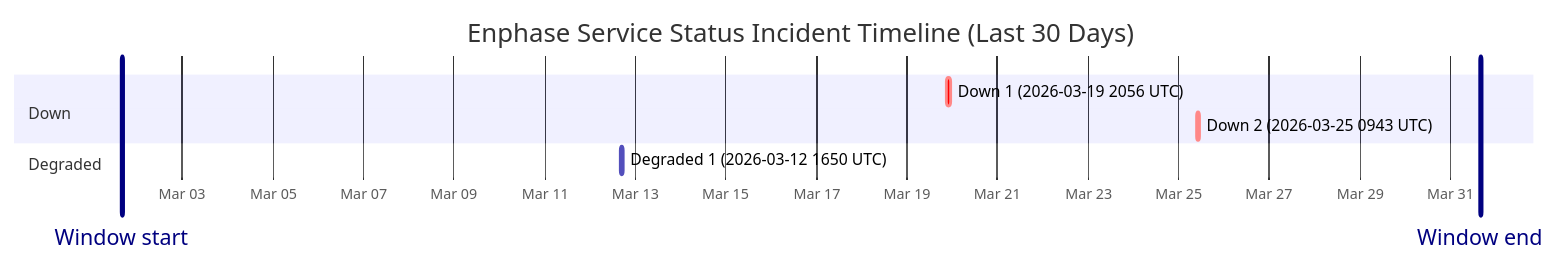
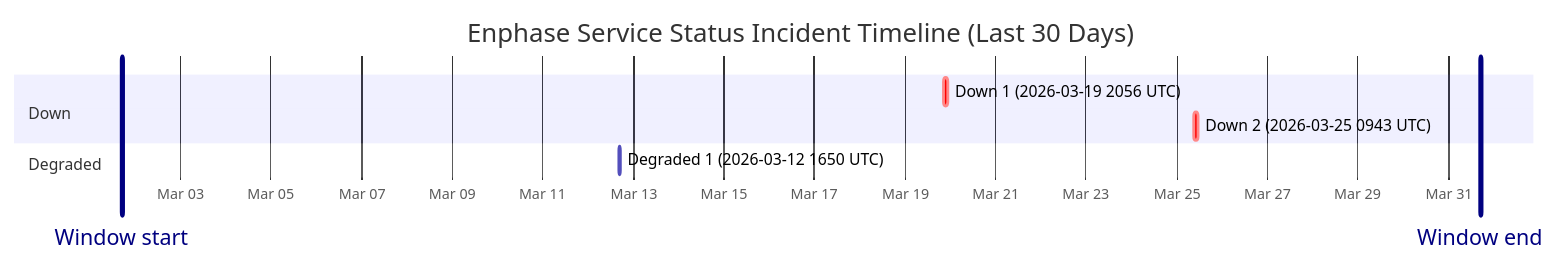
Before and after one commit to barneyonline/ha-enphase-ev-charger: the diagram in wiki/Service-Status-History.md, drawn with Mermaid. The commit also changed other lines of this file and 3 other files, not shown here.

````diff
--- a/wiki/Service-Status-History.md
+++ b/wiki/Service-Status-History.md
@@ -14,13 +14,13 @@
 ```mermaid
 gantt
     title Enphase Service Status Incident Timeline (Last 30 Days)
     dateFormat  YYYY-MM-DDTHH:mm:ss
     axisFormat  %b %d
-    Window start :vert, window-start, 2026-03-01T15:59:16, 0ms
-    Window end :vert, window-end, 2026-03-31T15:59:16, 0ms
+    Window start :vert, window-start, 2026-03-01T17:00:09, 0ms
+    Window end :vert, window-end, 2026-03-31T17:00:09, 0ms
     section Down
     Down 1 (2026-03-19 2056 UTC) :crit, down-1, 2026-03-19T20:56:20, 145m
     Down 2 (2026-03-25 0943 UTC) :crit, down-2, 2026-03-25T09:43:28, 111m
     section Degraded
     Degraded 1 (2026-03-12 1650 UTC) :active, degraded-1, 2026-03-12T16:50:43, 60m
 ```
````
